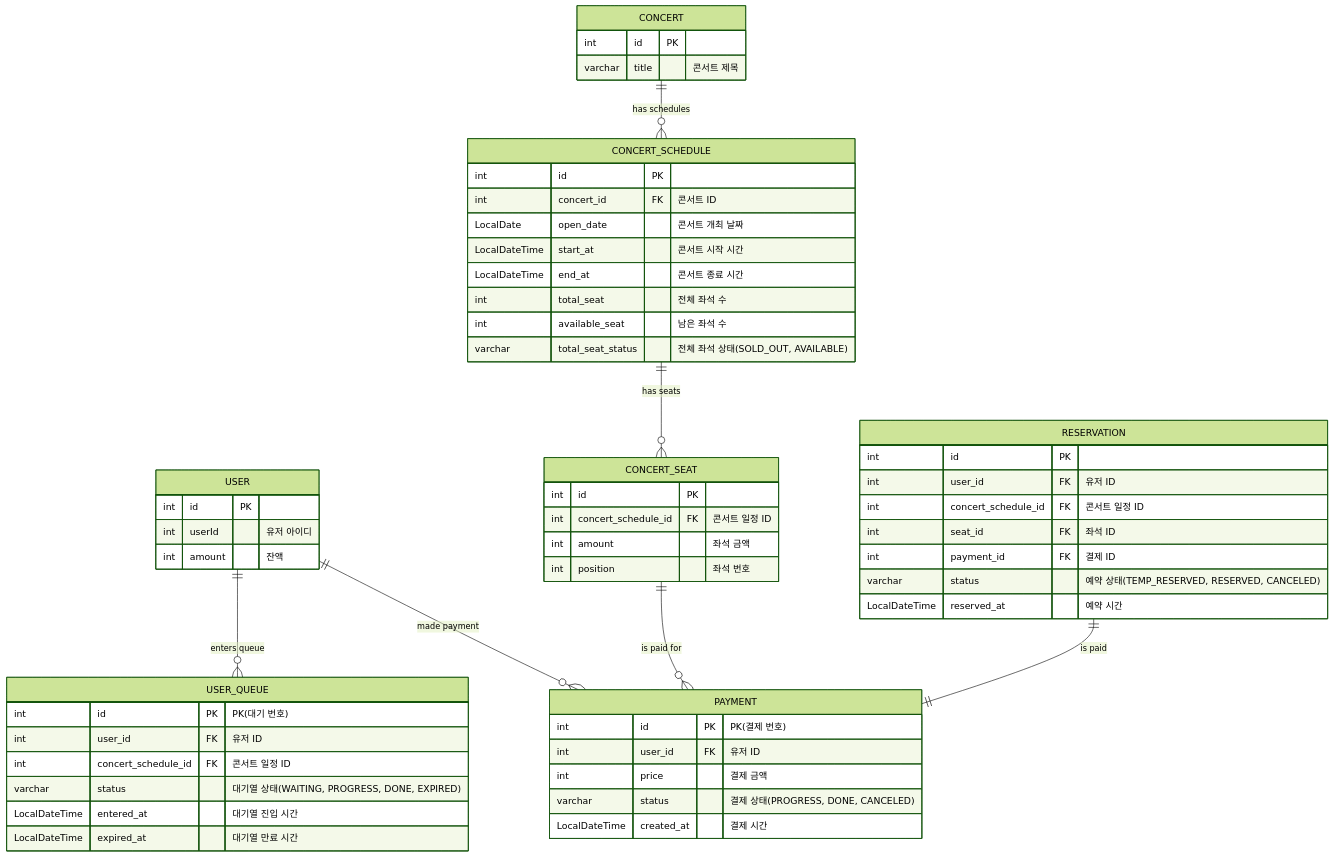
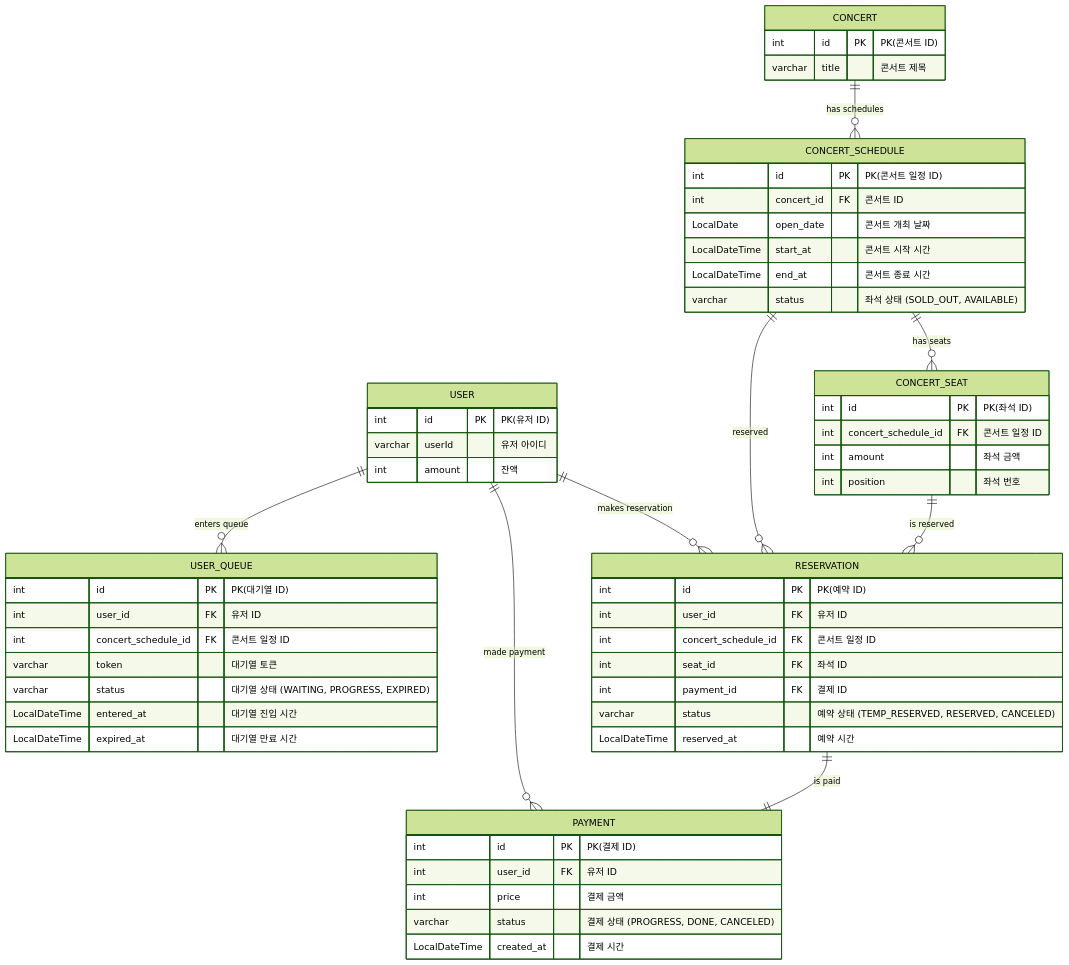
Before and after one commit to leejjo2/hhplus-concert: the diagram in docs/erd.md, drawn with Mermaid (forest theme).

Commit message:
docs: ERD 수정

````diff
--- a/docs/erd.md
+++ b/docs/erd.md
@@ -3,66 +3,66 @@
 ```mermaid
 erDiagram
     USER {
-        int id PK
-        int userId "유저 아이디"
+        int id PK "PK(유저 ID)"
+        varchar userId "유저 아이디"
         int amount "잔액"
     }
 
     USER_QUEUE {
-        int id PK "PK(대기 번호)"
+        int id PK "PK(대기열 ID)"
         int user_id FK "유저 ID"
         int concert_schedule_id FK "콘서트 일정 ID"
-%%        varchar token "대기열 토큰"
-        varchar status "대기열 상태(WAITING, PROGRESS, DONE, EXPIRED)"
+        varchar token "대기열 토큰"
+        varchar status "대기열 상태 (WAITING, PROGRESS, EXPIRED)"
         LocalDateTime entered_at "대기열 진입 시간"
         LocalDateTime expired_at "대기열 만료 시간"
     }
 
     PAYMENT {
-        int id PK "PK(결제 번호)"
+        int id PK "PK(결제 ID)"
         int user_id FK "유저 ID"
         int price "결제 금액"
-        varchar status "결제 상태(PROGRESS, DONE, CANCELED)"
+        varchar status "결제 상태 (PROGRESS, DONE, CANCELED)"
         LocalDateTime created_at "결제 시간"
     }
 
     CONCERT {
-        int id PK
+        int id PK "PK(콘서트 ID)"
         varchar title "콘서트 제목"
     }
 
     CONCERT_SCHEDULE {
-        int id PK
+        int id PK "PK(콘서트 일정 ID)"
         int concert_id FK "콘서트 ID"
         LocalDate open_date "콘서트 개최 날짜"
         LocalDateTime start_at "콘서트 시작 시간"
         LocalDateTime end_at "콘서트 종료 시간"
-        int total_seat "전체 좌석 수"
-        int available_seat "남은 좌석 수"
-        varchar total_seat_status "전체 좌석 상태(SOLD_OUT, AVAILABLE)"
+        varchar status "좌석 상태 (SOLD_OUT, AVAILABLE)"
     }
 
     CONCERT_SEAT {
-        int id PK
+        int id PK "PK(좌석 ID)"
         int concert_schedule_id FK "콘서트 일정 ID"
         int amount "좌석 금액"
         int position "좌석 번호"
     }
 
     RESERVATION {
-        int id PK
+        int id PK "PK(예약 ID)"
         int user_id FK "유저 ID"
         int concert_schedule_id FK "콘서트 일정 ID"
         int seat_id FK "좌석 ID"
         int payment_id FK "결제 ID"
-        varchar status "예약 상태(TEMP_RESERVED, RESERVED, CANCELED)"
+        varchar status "예약 상태 (TEMP_RESERVED, RESERVED, CANCELED)"
         LocalDateTime reserved_at "예약 시간"
     }
 
     CONCERT ||--o{ CONCERT_SCHEDULE: "has schedules"
     CONCERT_SCHEDULE ||--o{ CONCERT_SEAT: "has seats"
     USER ||--o{ USER_QUEUE: "enters queue"
     USER ||--o{ PAYMENT: "made payment"
-    CONCERT_SEAT ||--o{ PAYMENT: "is paid for"
+    USER ||--o{ RESERVATION: "makes reservation"
+    CONCERT_SCHEDULE ||--o{ RESERVATION: "reserved"
     RESERVATION ||--|| PAYMENT: "is paid"
+    CONCERT_SEAT ||--o{ RESERVATION: "is reserved"
 ```
````
